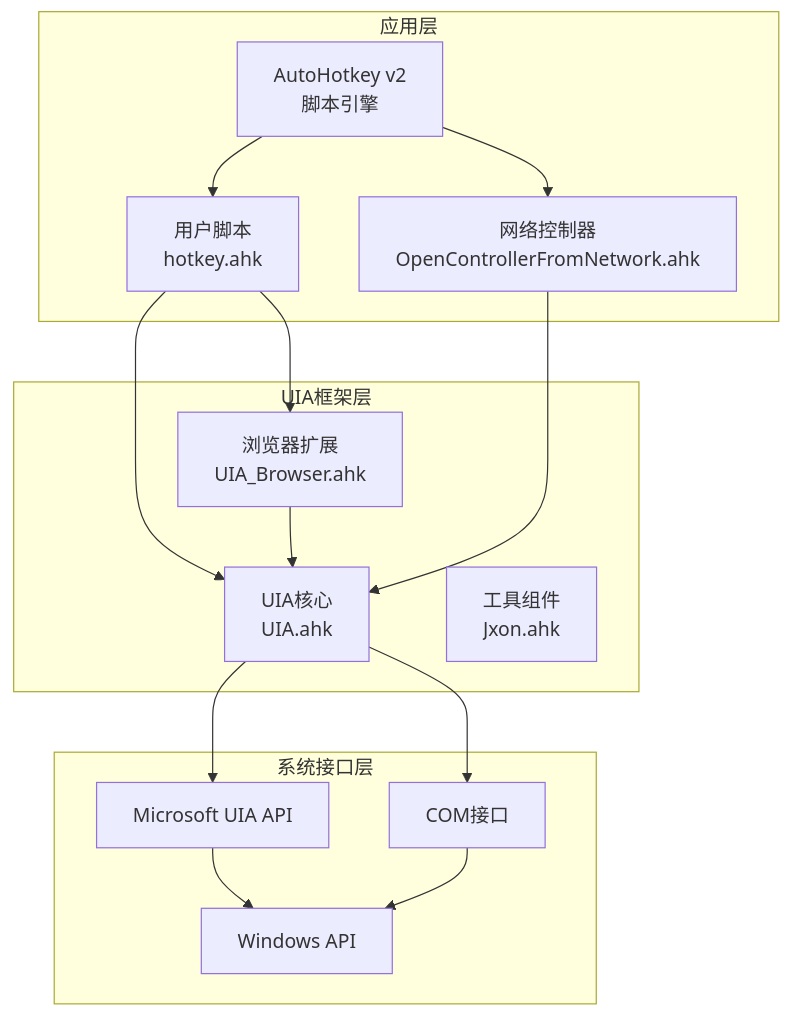
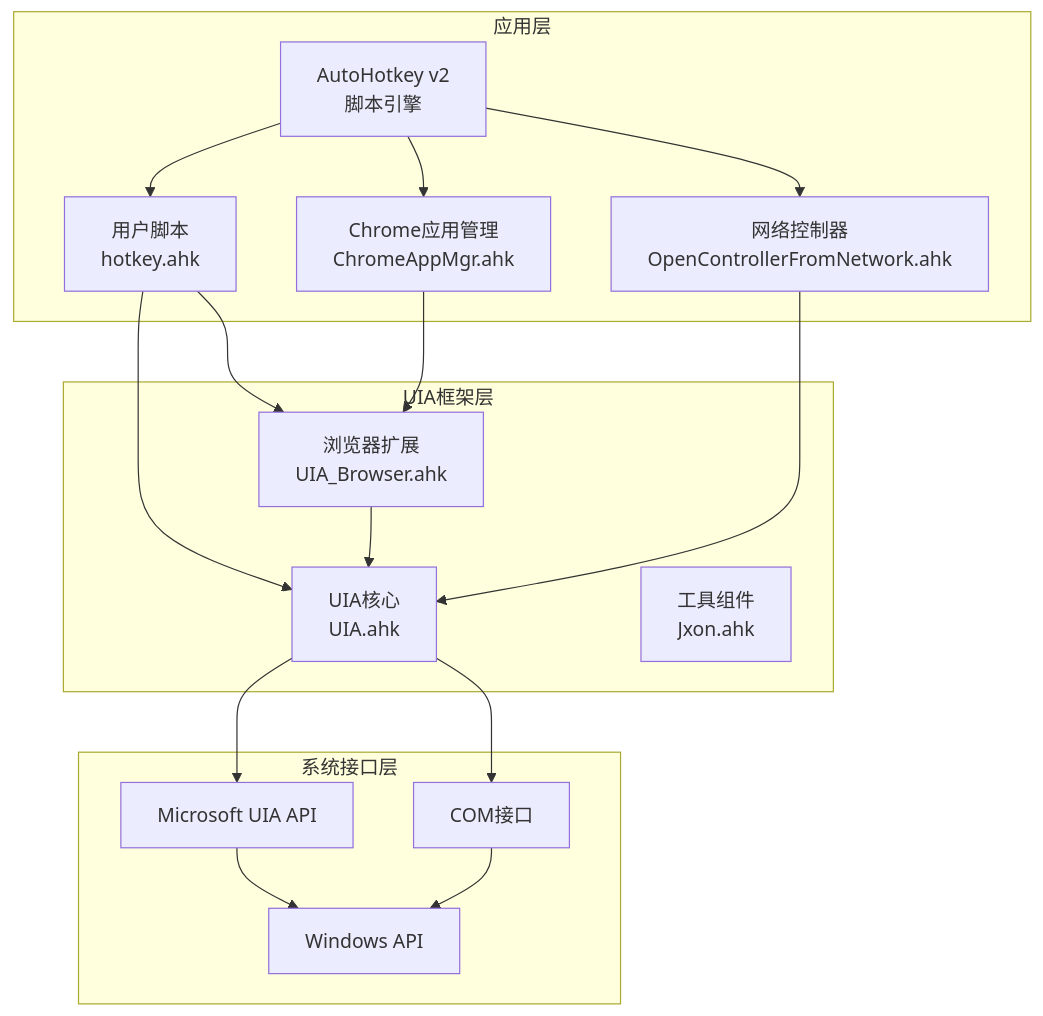
One commit to wangys-123doit/hotkey changed the fifth of 15 diagrams in .qoder/repowiki/zh/content/核心功能/UI自动化框架.md. Above: the diagram before and after it, drawn with Mermaid. The commit also changed other lines of this file and 14 other files, not shown here.

````diff
--- a/.qoder/repowiki/zh/content/核心功能/UI自动化框架.md
+++ b/.qoder/repowiki/zh/content/核心功能/UI自动化框架.md
@@ -196,28 +243,31 @@
 ```mermaid
 graph TD
 subgraph "应用层"
 AHK[AutoHotkey v2<br/>脚本引擎]
 Scripts[用户脚本<br/>hotkey.ahk]
+ChromeMgr[Chrome应用管理<br/>ChromeAppMgr.ahk]
 NetworkCtrl[网络控制器<br/>OpenControllerFromNetwork.ahk]
 end
 subgraph "UIA框架层"
 Core[UIA核心<br/>UIA.ahk]
 Browser[浏览器扩展<br/>UIA_Browser.ahk]
 Utils[工具组件<br/>Jxon.ahk]
 end
 subgraph "系统接口层"
 UIA_API[Microsoft UIA API]
 COM[COM接口]
 Windows[Windows API]
 end
 AHK --> Scripts
+AHK --> ChromeMgr
 AHK --> NetworkCtrl
 Scripts --> Core
 Scripts --> Browser
+ChromeMgr --> Browser
 NetworkCtrl --> Core
 Core --> UIA_API
 Browser --> Core
 Core --> COM
 UIA_API --> Windows
 COM --> Windows
 ```
````
